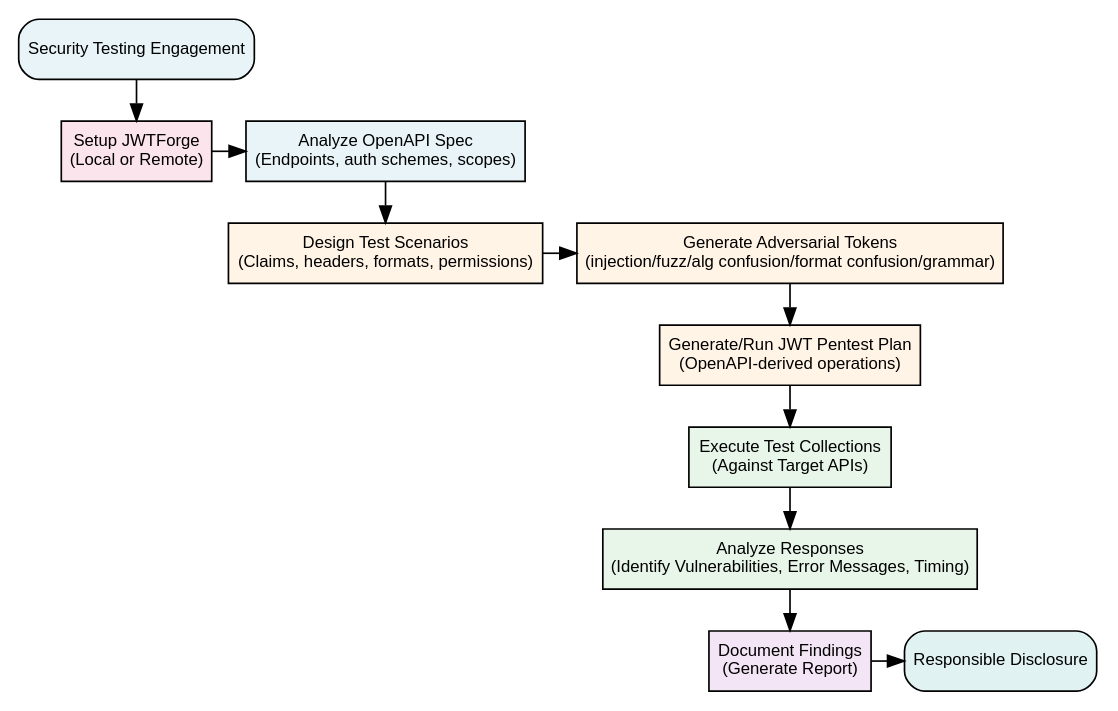
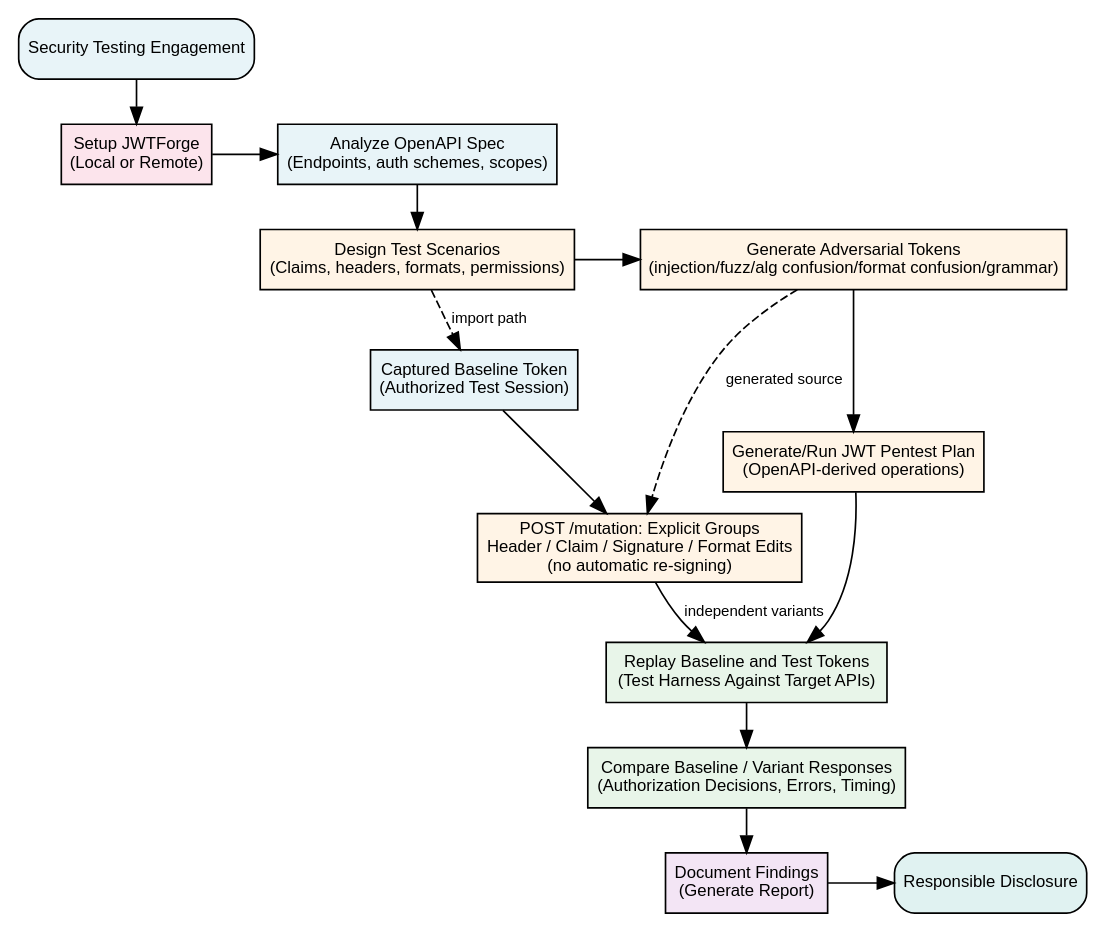
Before and after one commit to abhishektiwari/jwtforge: the diagram in paper/images/graphviz/jwtforge-researcher-workflow.dot, drawn with Graphviz. The commit also changed 46 other files, not shown here.

```diff
--- a/paper/images/graphviz/jwtforge-researcher-workflow.dot
+++ b/paper/images/graphviz/jwtforge-researcher-workflow.dot
@@ -1,32 +1,38 @@
 digraph researcher_workflow {
     fontname="Helvetica,Arial,sans-serif"
     graph [ranksep=0.35, nodesep=0.28, margin=0.03]
     node [fontname="Helvetica,Arial,sans-serif", fontsize=10, margin="0.08,0.05", style=filled]
     edge [fontname="Helvetica,Arial,sans-serif", fontsize=9]
     rankdir=TB;
 
     start [label="Security Testing Engagement", shape=box, fillcolor="#E8F4F8", style="filled,rounded"]
     setup [label="Setup JWTForge\n(Local or Remote)", shape=box, fillcolor="#FCE4EC"]
     openapi [label="Analyze OpenAPI Spec\n(Endpoints, auth schemes, scopes)", shape=box, fillcolor="#E8F4F8"]
     design [label="Design Test Scenarios\n(Claims, headers, formats, permissions)", shape=box, fillcolor="#FFF4E6"]
     payload [label="Generate Adversarial Tokens\n(injection/fuzz/alg confusion/format confusion/grammar)", shape=box, fillcolor="#FFF4E6"]
+    captured [label="Captured Baseline Token\n(Authorized Test Session)", shape=box, fillcolor="#E8F4F8"]
+    mutation [label="POST /mutation: Explicit Groups\nHeader / Claim / Signature / Format Edits\n(no automatic re-signing)", shape=box, fillcolor="#FFF4E6"]
     pentest [label="Generate/Run JWT Pentest Plan\n(OpenAPI-derived operations)", shape=box, fillcolor="#FFF4E6"]
-    postman_test [label="Execute Test Collections\n(Against Target APIs)", shape=box, fillcolor="#E8F5E9"]
-    analyze [label="Analyze Responses\n(Identify Vulnerabilities, Error Messages, Timing)", shape=box, fillcolor="#E8F5E9"]
+    postman_test [label="Replay Baseline and Test Tokens\n(Test Harness Against Target APIs)", shape=box, fillcolor="#E8F5E9"]
+    analyze [label="Compare Baseline / Variant Responses\n(Authorization Decisions, Errors, Timing)", shape=box, fillcolor="#E8F5E9"]
     document [label="Document Findings\n(Generate Report)", shape=box, fillcolor="#F3E5F5"]
     disclose [label="Responsible Disclosure", shape=box, fillcolor="#E0F2F1", style="filled,rounded"]
 
     { rank=same; setup; openapi }
     { rank=same; design; payload }
     { rank=same; document; disclose }
 
     start -> setup
     setup -> openapi
     openapi -> design
     design -> payload
+    design -> captured [style=dashed, label="import path"]
+    captured -> mutation
+    payload -> mutation [style=dashed, label="generated source"]
+    mutation -> postman_test [label="independent variants"]
     payload -> pentest
     pentest -> postman_test
     postman_test -> analyze
     analyze -> document
     document -> disclose
 }
```
